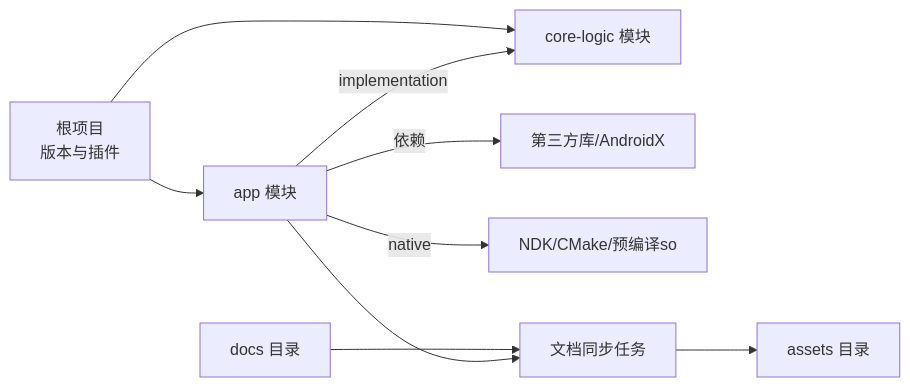
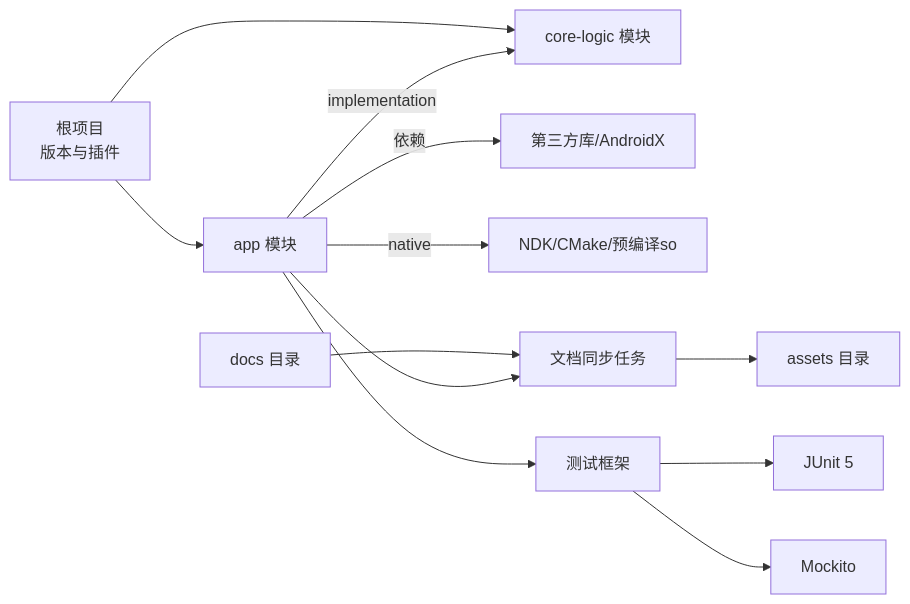
Before and after one commit to qiaodashaoye/ziyou-ime: the fourth of 4 diagrams in .qoder/repowiki/zh/content/部署与构建/Gradle 构建配置.md, drawn with Mermaid. The commit also changed other lines of this file and 14 other files, not shown here.

````diff
--- a/.qoder/repowiki/zh/content/部署与构建/Gradle 构建配置.md
+++ b/.qoder/repowiki/zh/content/部署与构建/Gradle 构建配置.md
@@ -259,11 +278,14 @@
 ```mermaid
 graph LR
 Root["根项目<br/>版本与插件"] --> App["app 模块"]
 Root --> Core["core-logic 模块"]
 App --> |implementation| Core
 App --> |依赖| Libs["第三方库/AndroidX"]
 App --> |native| NDK["NDK/CMake/预编译so"]
 Docs["docs 目录"] --> DocTask["文档同步任务"]
 DocTask --> Assets["assets 目录"]
 App --> DocTask
+Test["测试框架"] --> JUnit["JUnit 5"]
+Test --> Mockito["Mockito"]
+App --> Test
 ```
````
